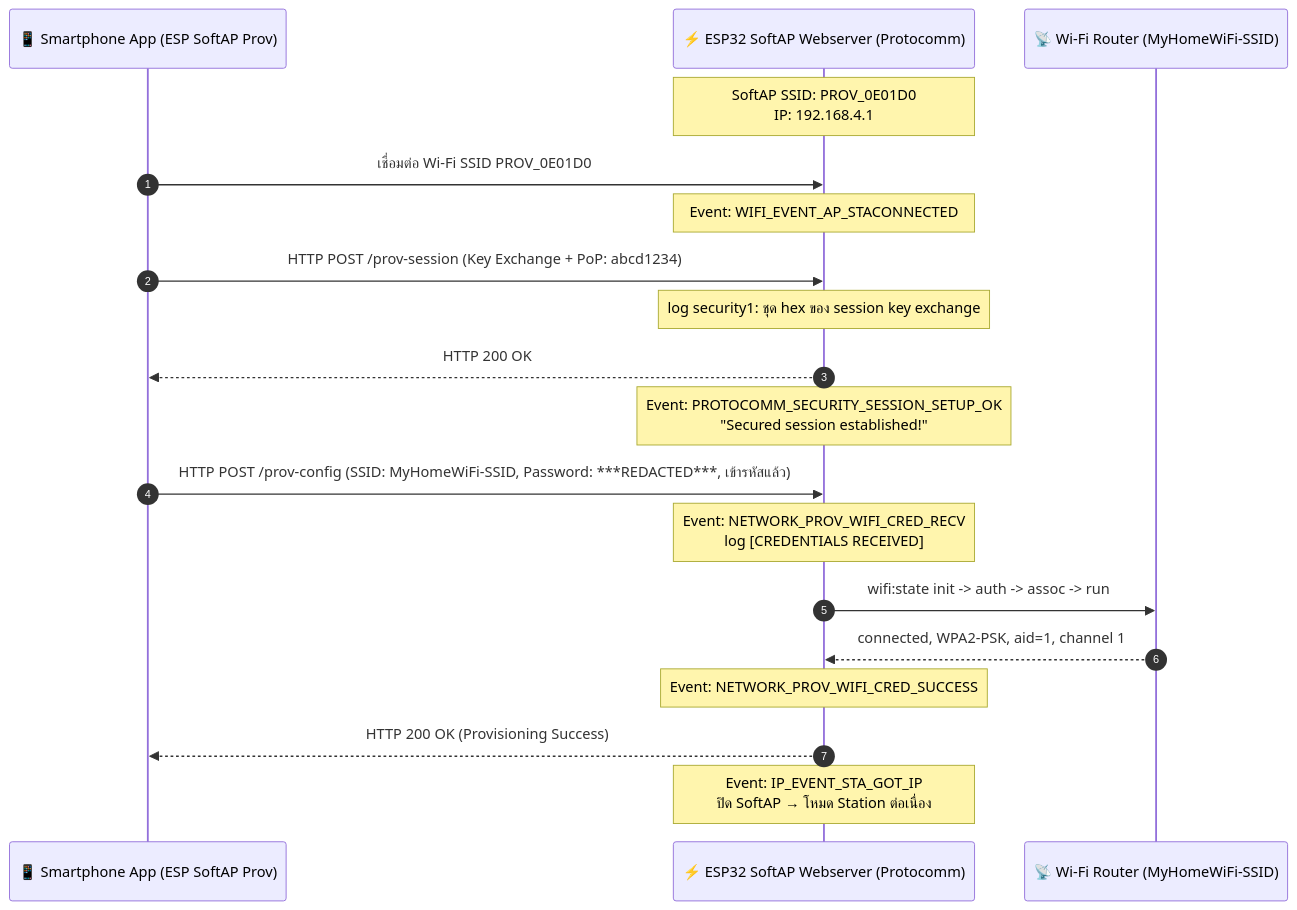
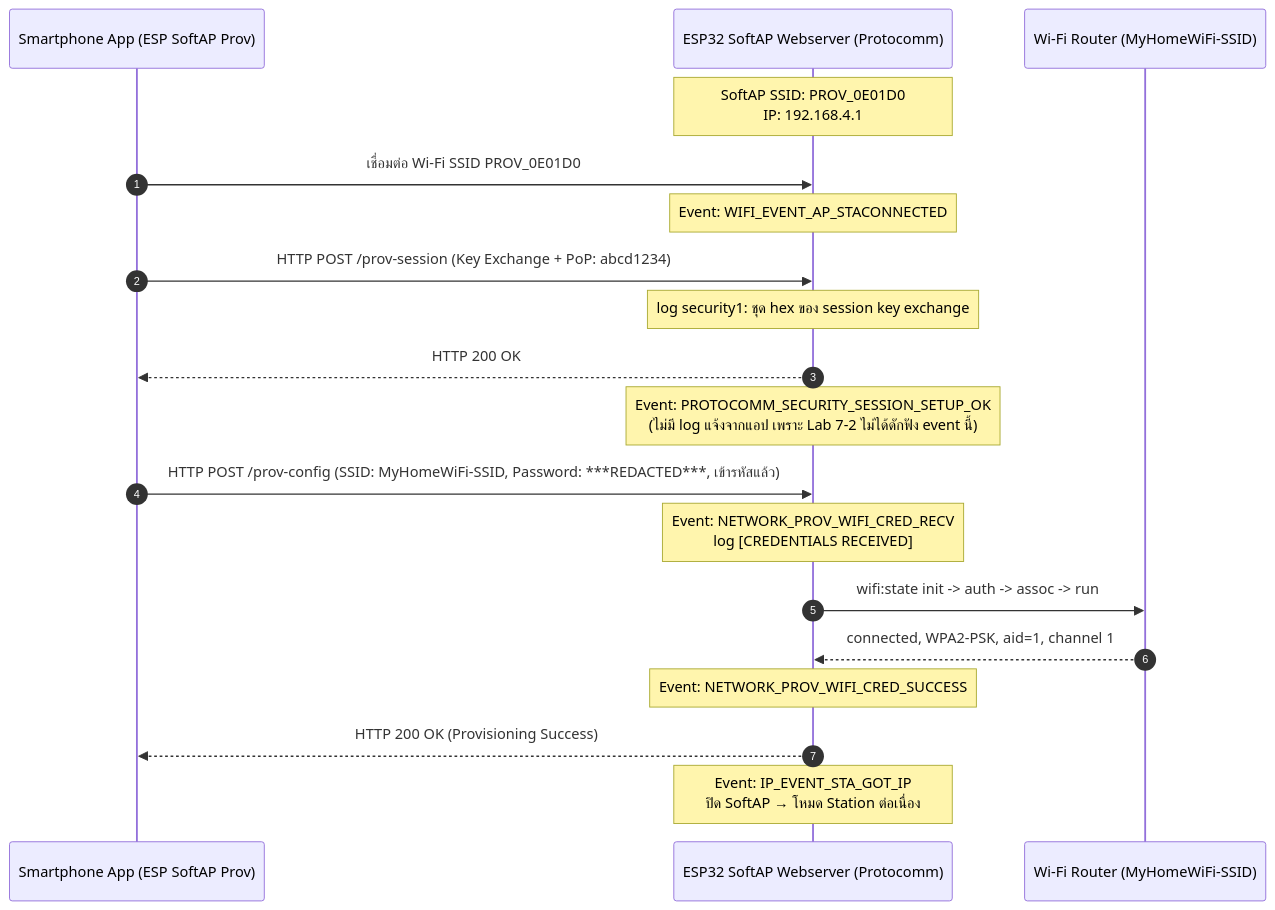
One commit to IoT-App-2569/Week-07-W-iFi-Privisioning changed the diagram in Answers/Lab7-2-Answers.md. Above: the diagram before and after it, drawn with Mermaid. The commit also changed other lines of this file and 4 other files, not shown here.

````diff
--- a/Answers/Lab7-2-Answers.md
+++ b/Answers/Lab7-2-Answers.md
@@ -60,25 +60,25 @@
 ```mermaid
 sequenceDiagram
     autonumber
-    participant App as 📱 Smartphone App (ESP SoftAP Prov)
-    participant ESP as ⚡ ESP32 SoftAP Webserver (Protocomm)
-    participant Router as 📡 Wi-Fi Router (MyHomeWiFi-SSID)
+    participant App as Smartphone App (ESP SoftAP Prov)
+    participant ESP as ESP32 SoftAP Webserver (Protocomm)
+    participant Router as Wi-Fi Router (MyHomeWiFi-SSID)
 
     Note over ESP: SoftAP SSID: PROV_0E01D0<br/>IP: 192.168.4.1
     App->>ESP: เชื่อมต่อ Wi-Fi SSID PROV_0E01D0
     Note over ESP: Event: WIFI_EVENT_AP_STACONNECTED
 
     App->>ESP: HTTP POST /prov-session (Key Exchange + PoP: abcd1234)
     Note over ESP: log security1: ชุด hex ของ session key exchange
     ESP-->>App: HTTP 200 OK
-    Note over ESP: Event: PROTOCOMM_SECURITY_SESSION_SETUP_OK<br/>"Secured session established!"
+    Note over ESP: Event: PROTOCOMM_SECURITY_SESSION_SETUP_OK<br/>(ไม่มี log แจ้งจากแอป เพราะ Lab 7-2 ไม่ได้ดักฟัง event นี้)
 
     App->>ESP: HTTP POST /prov-config (SSID: MyHomeWiFi-SSID, Password: ***REDACTED***, เข้ารหัสแล้ว)
     Note over ESP: Event: NETWORK_PROV_WIFI_CRED_RECV<br/>log [CREDENTIALS RECEIVED]
 
     ESP->>Router: wifi:state init -> auth -> assoc -> run
     Router-->>ESP: connected, WPA2-PSK, aid=1, channel 1
     Note over ESP: Event: NETWORK_PROV_WIFI_CRED_SUCCESS
     ESP-->>App: HTTP 200 OK (Provisioning Success)
     Note over ESP: Event: IP_EVENT_STA_GOT_IP<br/>ปิด SoftAP → โหมด Station ต่อเนื่อง
 ```
````
